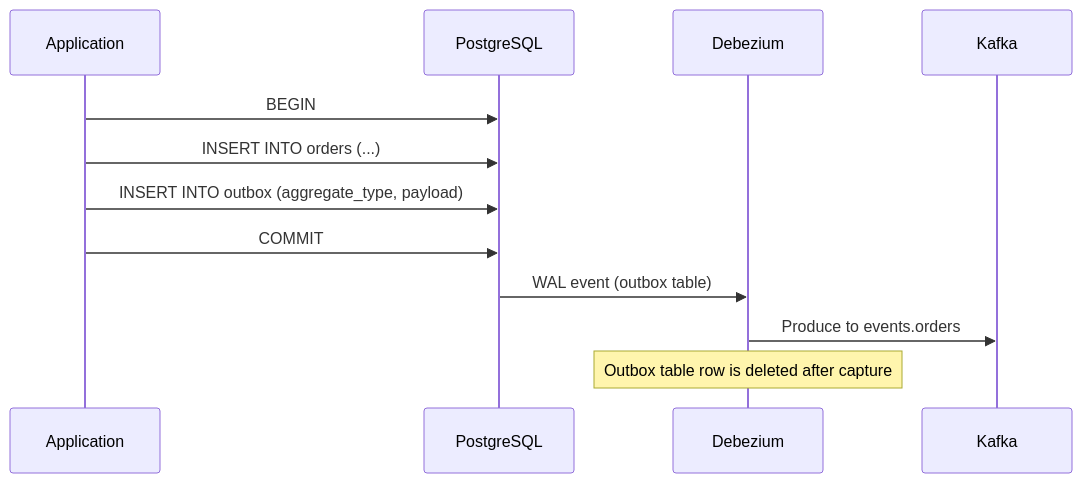
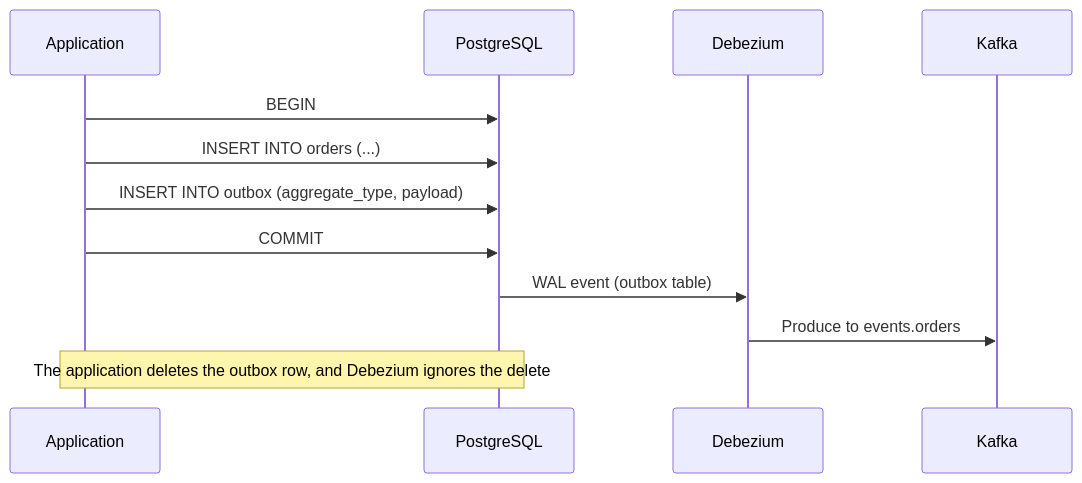
Before and after one commit to bmscomp/kates: the tenth of 11 diagrams in docs/book/21-kafka-connect.md, drawn with Mermaid. The commit also changed other lines of this file and 52 other files, not shown here.

````diff
--- a/docs/book/21-kafka-connect.md
+++ b/docs/book/21-kafka-connect.md
@@ -920,18 +789,18 @@
 ```mermaid
 %%| label: fig-kc-transactional-outbox
-%%| fig-cap: "Transactional Outbox sequence committing domain state and outbox event in one PostgreSQL transaction before Debezium WAL capture."
+%%| fig-cap: "The event and the business row commit in one transaction, so there is no moment when one exists without the other."
 %%| fig-alt: "Sequence diagram between Application, PostgreSQL, Debezium, and Kafka. The Application executes BEGIN, INSERT INTO orders, INSERT INTO outbox (aggregate_type, payload), and COMMIT on PostgreSQL. PostgreSQL streams the WAL event for the outbox table to Debezium, which produces the event to events.orders on Kafka."
 sequenceDiagram
     participant App as Application
     participant DB as PostgreSQL
     participant DBZ as Debezium
     participant K as Kafka
 
     App->>DB: BEGIN
     App->>DB: INSERT INTO orders (...)
     App->>DB: INSERT INTO outbox (aggregate_type, payload)
     App->>DB: COMMIT
     DB->>DBZ: WAL event (outbox table)
     DBZ->>K: Produce to events.orders
-    Note over DBZ: Outbox table row is deleted after capture
+    Note over App,DB: The application deletes the outbox row, and Debezium ignores the delete
 ```
````
